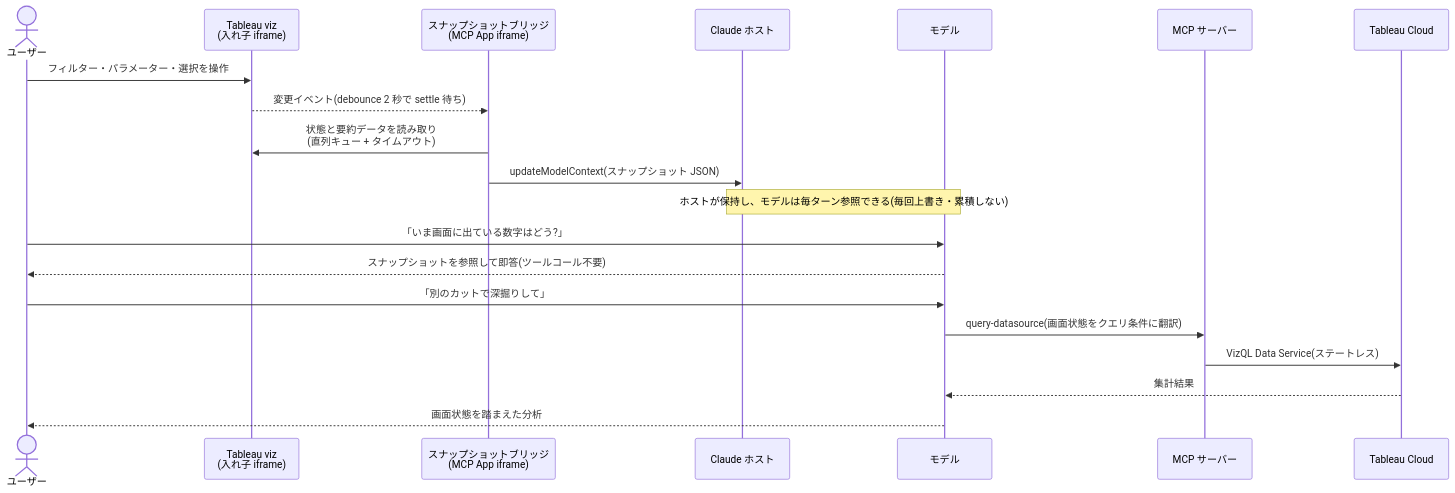
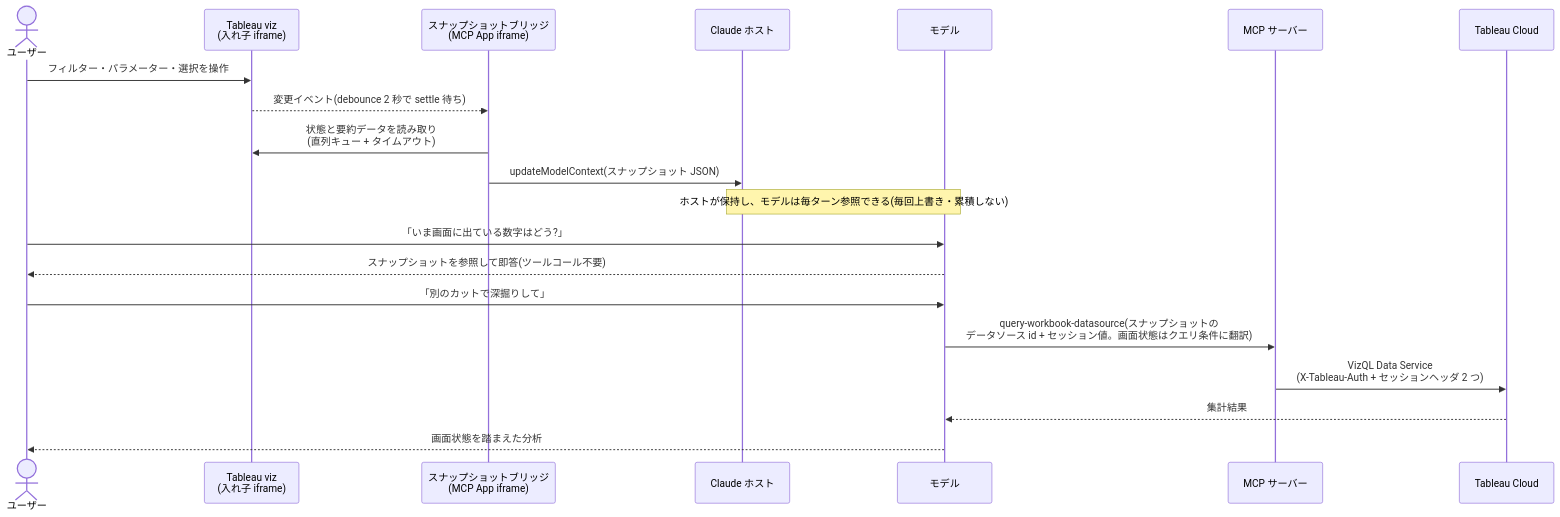
Before and after one commit to YoshitakaArakawa/tableau-mcp-eas-auth: the diagram in README.md, drawn with Mermaid. The commit also changed other lines of this file and 1 other file, not shown here.

First line of the commit message:
Update the snapshot docs for query-workbook-datasource

````diff
--- a/README.md
+++ b/README.md
@@ -93,23 +95,23 @@
 ```mermaid
 sequenceDiagram
     actor U as ユーザー
     participant V as Tableau viz<br/>(入れ子 iframe)
     participant A as スナップショットブリッジ<br/>(MCP App iframe)
     participant H as Claude ホスト
     participant M as モデル
     participant S as MCP サーバー
     participant T as Tableau Cloud
 
     U->>V: フィルター・パラメーター・選択を操作
     V-->>A: 変更イベント(debounce 2 秒で settle 待ち)
     A->>V: 状態と要約データを読み取り<br/>(直列キュー + タイムアウト)
     A->>H: updateModelContext(スナップショット JSON)
     Note over H,M: ホストが保持し、モデルは毎ターン参照できる(毎回上書き・累積しない)
     U->>M: 「いま画面に出ている数字はどう?」
     M-->>U: スナップショットを参照して即答(ツールコール不要)
     U->>M: 「別のカットで深掘りして」
-    M->>S: query-datasource(画面状態をクエリ条件に翻訳)
-    S->>T: VizQL Data Service(ステートレス)
+    M->>S: query-workbook-datasource(スナップショットの<br/>データソース id + セッション値。画面状態はクエリ条件に翻訳)
+    S->>T: VizQL Data Service<br/>(X-Tableau-Auth + セッションヘッダ 2 つ)
     T-->>M: 集計結果
     M-->>U: 画面状態を踏まえた分析
 ```
````
